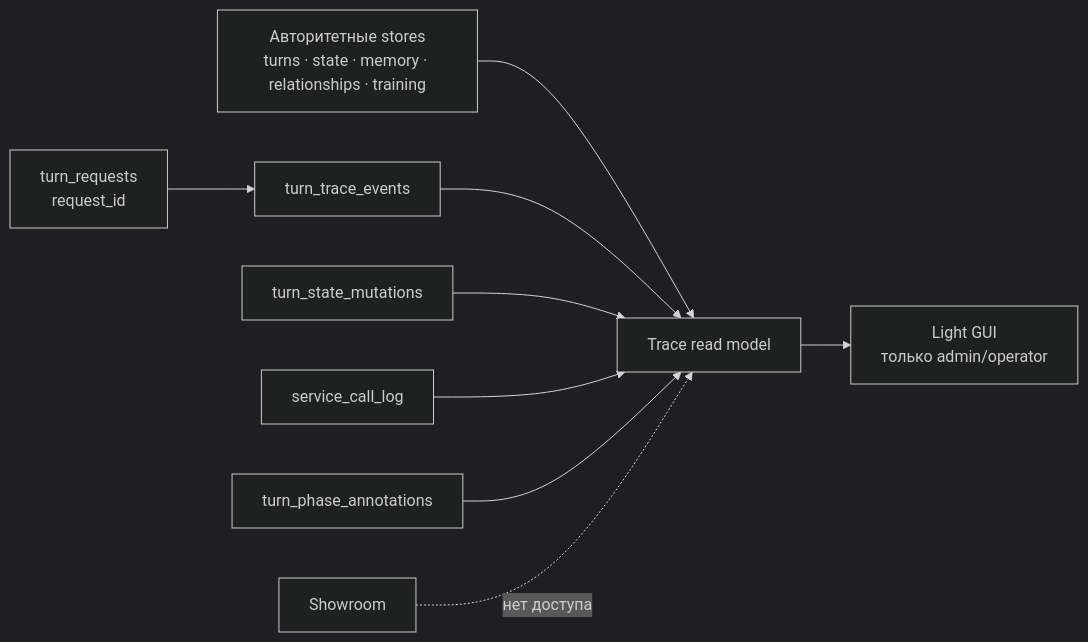
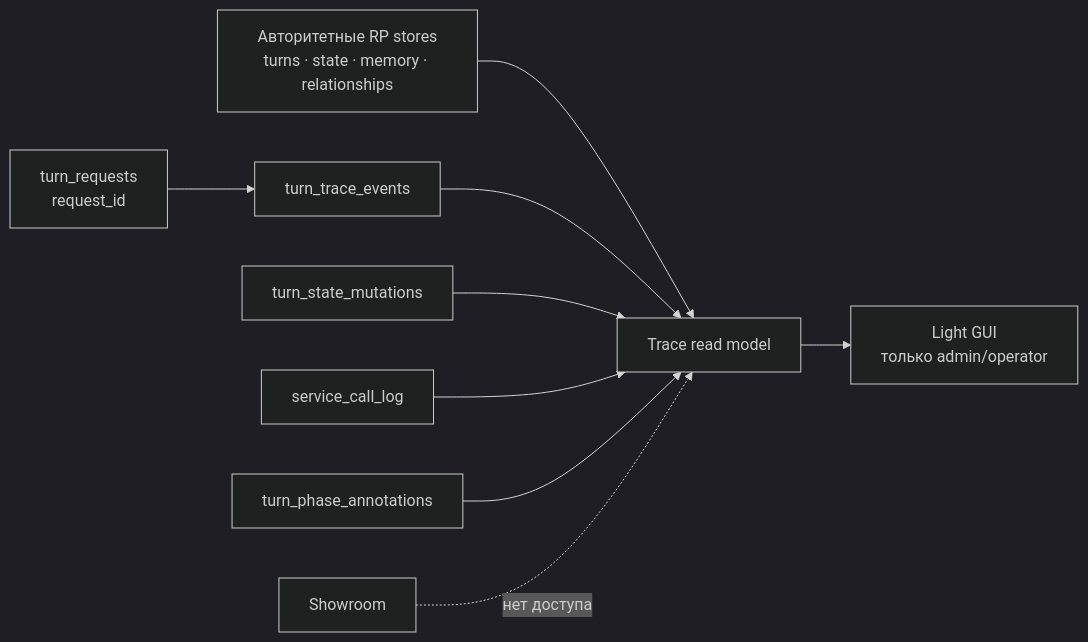
The fifth of 6 diagrams in docs/wiki/01-architecture.md (abykovwww-byte/ubuntu_ansible_palybooks), drawn with Mermaid (dark theme) before and after one commit. The commit also changed other lines of this file and 150 other files, not shown here.

````diff
--- a/docs/wiki/01-architecture.md
+++ b/docs/wiki/01-architecture.md
@@ -172,11 +173,11 @@
 ```mermaid
 flowchart LR
     R["turn_requests\nrequest_id"] --> E["turn_trace_events"]
-    A["Авторитетные stores\nturns · state · memory · relationships · training"] --> V["Trace read model"]
+    A["Авторитетные RP stores\nturns · state · memory · relationships"] --> V["Trace read model"]
     E --> V
     M["turn_state_mutations"] --> V
     S["service_call_log"] --> V
     N["turn_phase_annotations"] --> V
     V --> L["Light GUI\nтолько admin/operator"]
     X["Showroom"] -.->|"нет доступа"| V
 ```
````
